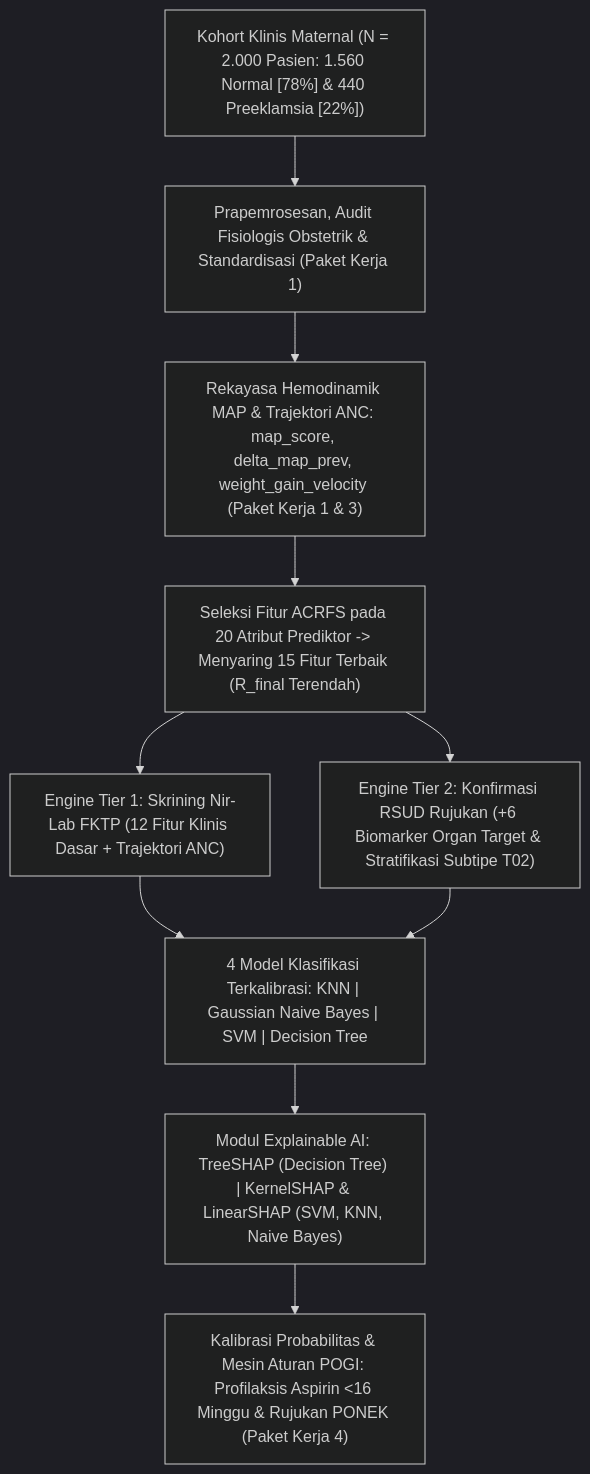
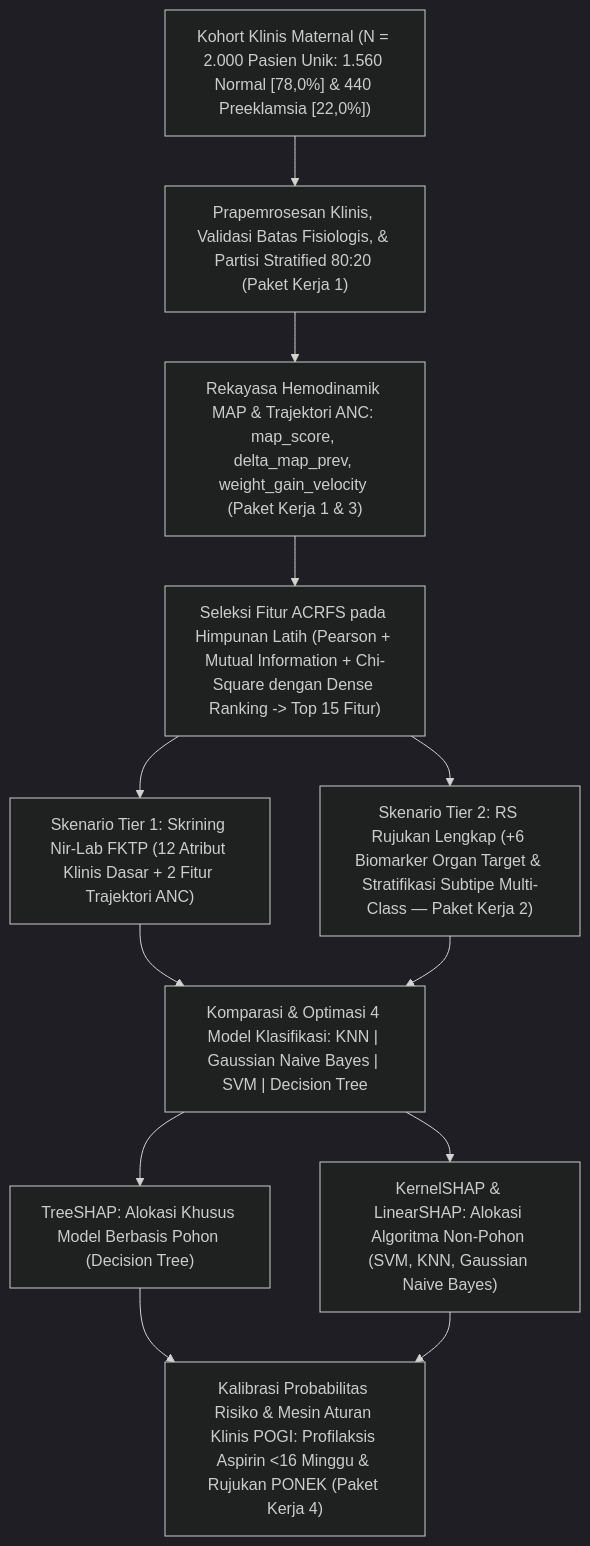
The diagram in README.md (MeriamAleppo/MATERNA-AI), drawn with Mermaid (dark theme) before and after one commit. The commit also changed other lines of this file, not shown here.

````diff
--- a/README.md
+++ b/README.md
@@ -66,12 +80,14 @@
 ```mermaid
 flowchart TD
-    A["Kohort Klinis Maternal (N = 2.000 Pasien: 1.560 Normal [78%] & 440 Preeklamsia [22%])"] --> B["Prapemrosesan, Audit Fisiologis Obstetrik & Standardisasi (Paket Kerja 1)"]
+    A["Kohort Klinis Maternal (N = 2.000 Pasien Unik: 1.560 Normal [78,0%] & 440 Preeklamsia [22,0%])"] --> B["Prapemrosesan Klinis, Validasi Batas Fisiologis, & Partisi Stratified 80:20 (Paket Kerja 1)"]
     B --> C["Rekayasa Hemodinamik MAP & Trajektori ANC: map_score, delta_map_prev, weight_gain_velocity (Paket Kerja 1 & 3)"]
-    C --> D["Seleksi Fitur ACRFS pada 20 Atribut Prediktor -> Menyaring 15 Fitur Terbaik (R_final Terendah)"]
-    D --> E1["Engine Tier 1: Skrining Nir-Lab FKTP (12 Fitur Klinis Dasar + Trajektori ANC)"]
-    D --> E2["Engine Tier 2: Konfirmasi RSUD Rujukan (+6 Biomarker Organ Target & Stratifikasi Subtipe T02)"]
-    E1 --> F["4 Model Klasifikasi Terkalibrasi: KNN | Gaussian Naive Bayes | SVM | Decision Tree"]
+    C --> D["Seleksi Fitur ACRFS pada Himpunan Latih (Pearson + Mutual Information + Chi-Square dengan Dense Ranking -> Top 15 Fitur)"]
+    D --> E1["Skenario Tier 1: Skrining Nir-Lab FKTP (12 Atribut Klinis Dasar + 2 Fitur Trajektori ANC)"]
+    D --> E2["Skenario Tier 2: RS Rujukan Lengkap (+6 Biomarker Organ Target & Stratifikasi Subtipe Multi-Class — Paket Kerja 2)"]
+    E1 --> F["Komparasi & Optimasi 4 Model Klasifikasi: KNN | Gaussian Naive Bayes | SVM | Decision Tree"]
     E2 --> F
-    F --> G["Modul Explainable AI: TreeSHAP (Decision Tree) | KernelSHAP & LinearSHAP (SVM, KNN, Naive Bayes)"]
-    G --> H["Kalibrasi Probabilitas & Mesin Aturan POGI: Profilaksis Aspirin <16 Minggu & Rujukan PONEK (Paket Kerja 4)"]
+    F --> G1["TreeSHAP: Alokasi Khusus Model Berbasis Pohon (Decision Tree)"]
+    F --> G2["KernelSHAP & LinearSHAP: Alokasi Algoritma Non-Pohon (SVM, KNN, Gaussian Naive Bayes)"]
+    G1 --> H["Kalibrasi Probabilitas Risiko & Mesin Aturan Klinis POGI: Profilaksis Aspirin <16 Minggu & Rujukan PONEK (Paket Kerja 4)"]
+    G2 --> H
 ```
````
